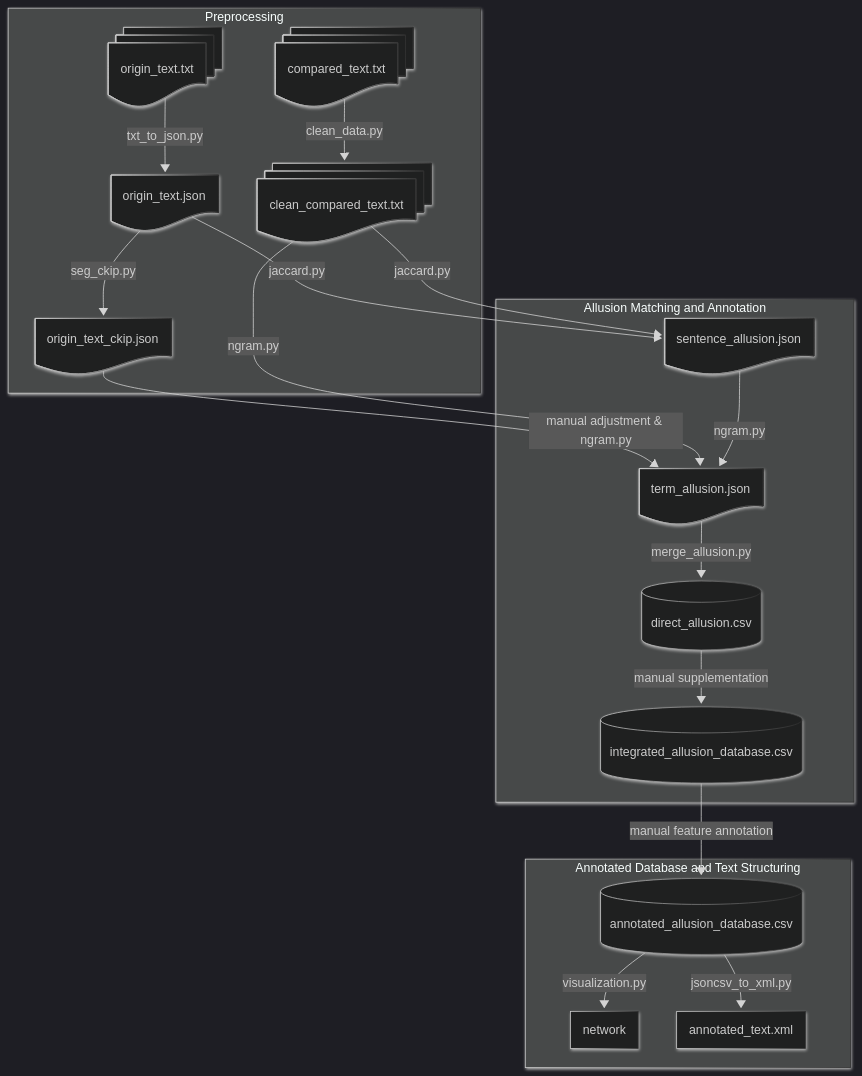
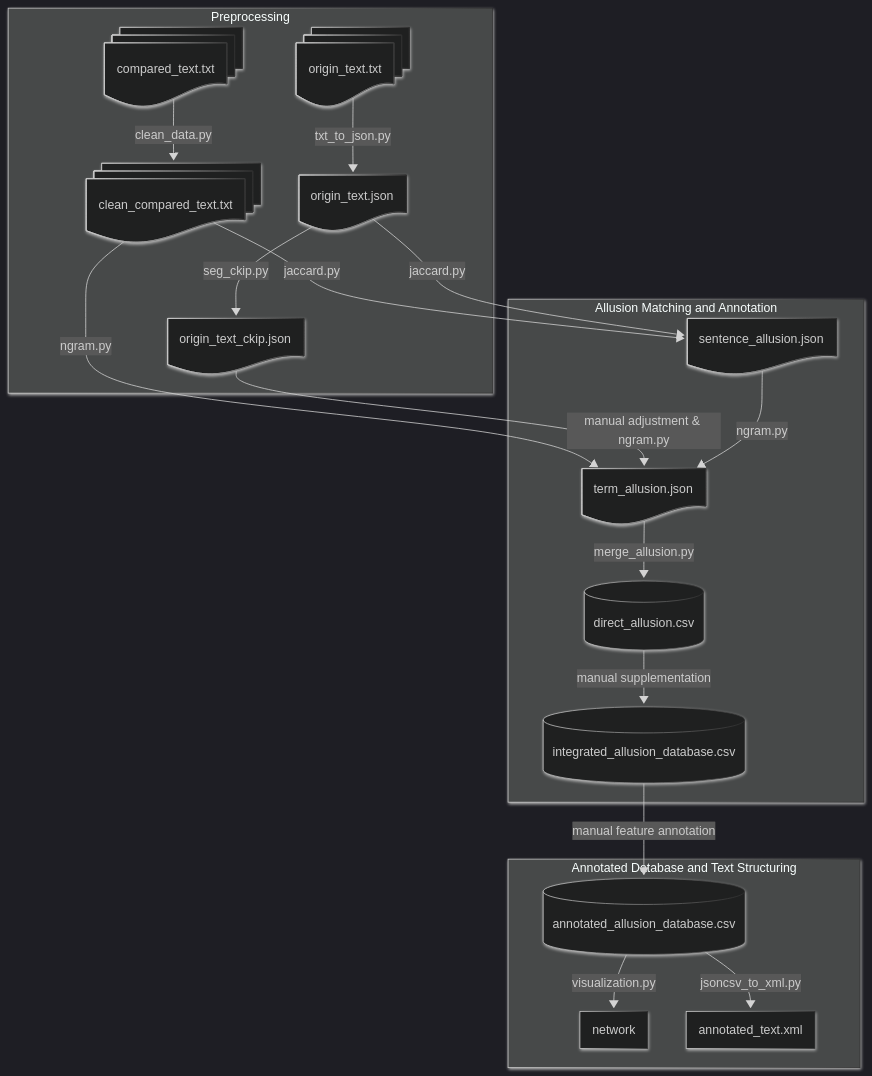
One commit to Taoyi-Chiang/lufu_allusion changed the diagram in README.md. Above: the diagram before and after it, drawn with Mermaid.

````diff
--- a/README.md
+++ b/README.md
@@ -2,46 +2,47 @@
 ```mermaid
 ---
 config:
   theme: dark
   look: neo
 ---
 flowchart TD
  subgraph Preprocessing["Preprocessing"]
+        A1["origin_text.txt"]
+        A2["compared_text.txt"]
+        A3["clean_compared_text.txt"]
         B1["origin_text.json"]
-        A1["origin_text.txt"]
         B2["origin_text_ckip.json"]
-        A3["clean_compared_text.txt"]
-        A2["compared_text.txt"]
+
   end
  subgraph subGraph1["Allusion Matching and Annotation"]
+        C1["sentence_allusion.json"]
         C2["term_allusion.json"]
-        C1["sentence_allusion.json"]
         D1[("direct_allusion.csv")]
         E1[("integrated_allusion_database.csv")]
   end
  subgraph subGraph2["Annotated Database and Text Structuring"]
         E2[("annotated_allusion_database.csv")]
         F1["network"]
         F2["annotated_text.xml"]
   end
     A1 -- "txt_to_json.py" --> B1
-    B1 -- "seg_ckip.py" --> B2
     A2 -- "clean_data.py" --> A3
-    B2 -- "manual adjustment & ngram.py"--> C2
-    B1 -- "jaccard.py" --> C1
     A3 -- "jaccard.py" --> C1
     A3 -- "ngram.py" --> C2
+    B1 -- "seg_ckip.py" --> B2
+    B1 -- "jaccard.py" --> C1
+    B2 -- "manual adjustment & ngram.py"--> C2
     C1 -- "ngram.py" --> C2
     C2 -- "merge_allusion.py" --> D1
     D1 -- manual supplementation --> E1
     E1 -- manual feature annotation --> E2
     E2 -- "visualization.py" --> F1
     E2 -- "jsoncsv_to_xml.py" --> F2
     B1@{ shape: doc}
     A1@{ shape: docs}
     B2@{ shape: doc}
     A3@{ shape: docs}
     A2@{ shape: docs}
     C2@{ shape: doc}
     C1@{ shape: doc}
 ```
````
